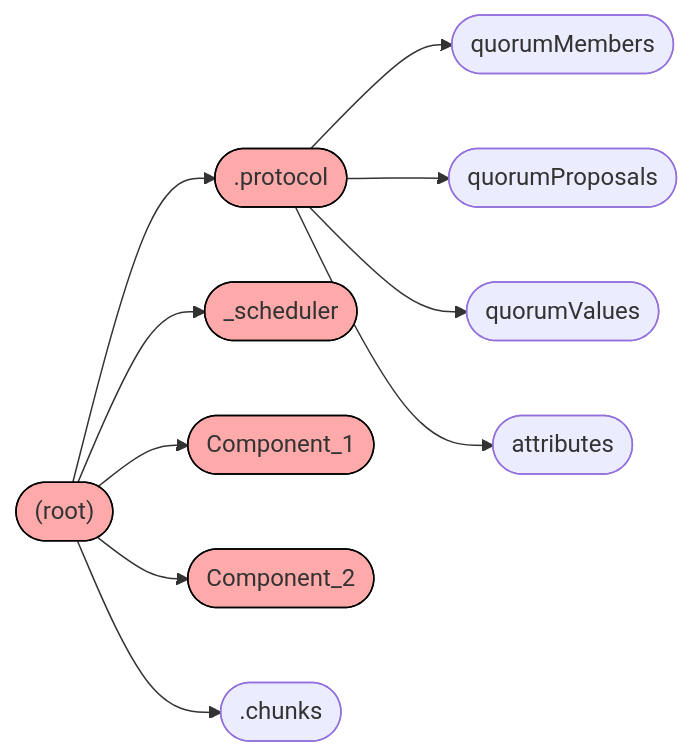
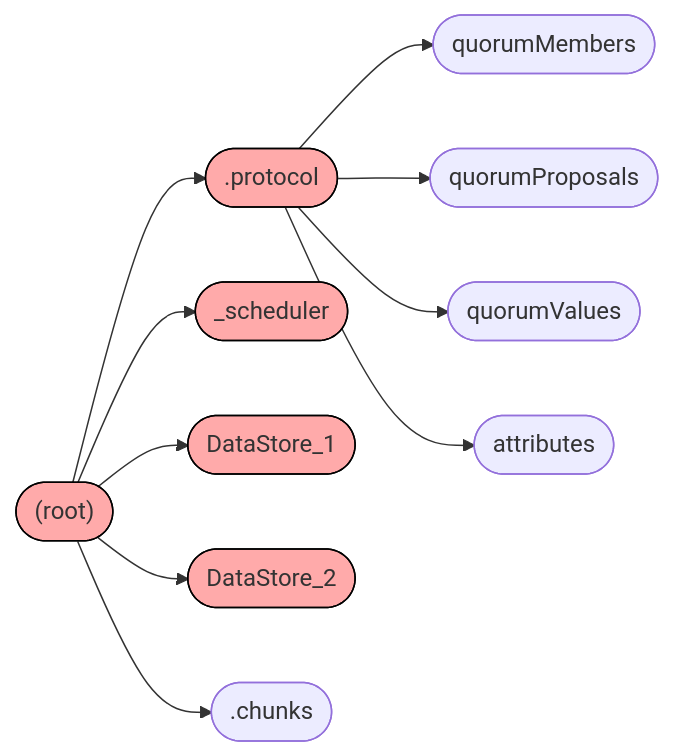
Before and after one commit to microsoft/FluidFramework: the second of 2 diagrams in docs/content/docs/advanced/summarizer.md, drawn with Mermaid. The commit also changed other lines of this file and 18 other files, not shown here.

```diff
--- a/docs/content/docs/advanced/summarizer.md
+++ b/docs/content/docs/advanced/summarizer.md
@@ -38,14 +38,14 @@
 {{< mermaid >}}
 graph LR
   A(["(root)"]) --> B([.protocol])
   A --> S([_scheduler])
-  A --> C1([Component_1])
-  A --> C2([Component_2])
+  A --> C1([DataStore_1])
+  A --> C2([DataStore_2])
   A --> CH([.chunks])
   B --> QM([quorumMembers])
   B --> QP([quorumProposals])
   B --> QV([quorumValues])
   B --> DA([attributes])
   classDef tree fill:#faa,stroke:#000
   class A,B,S,C1,C2 tree
 {{< /mermaid >}}
```
